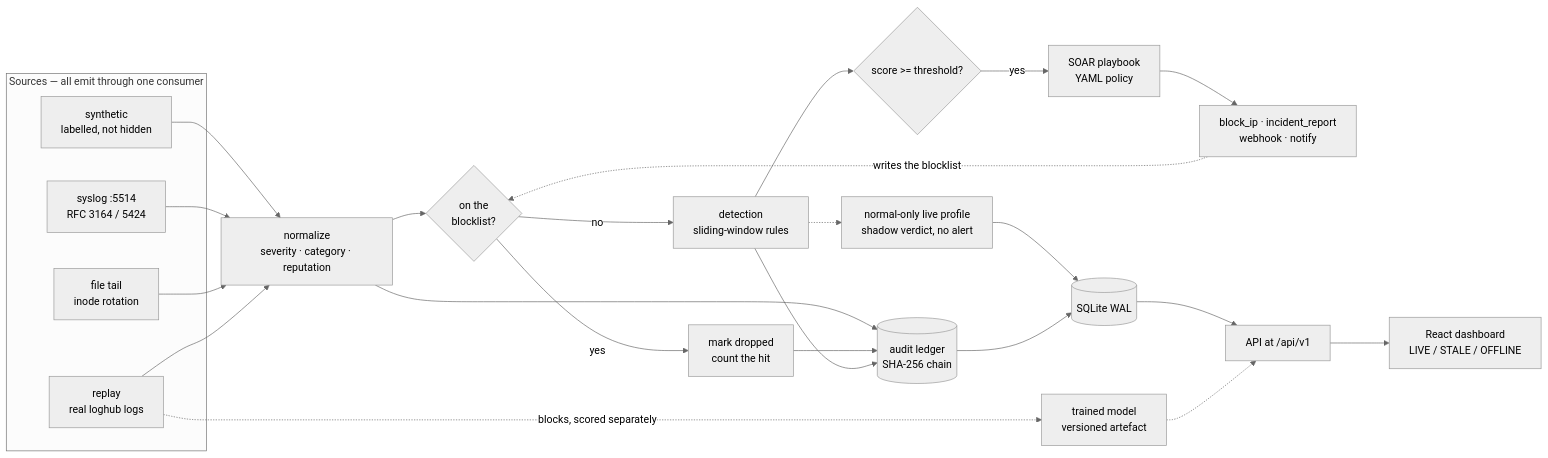
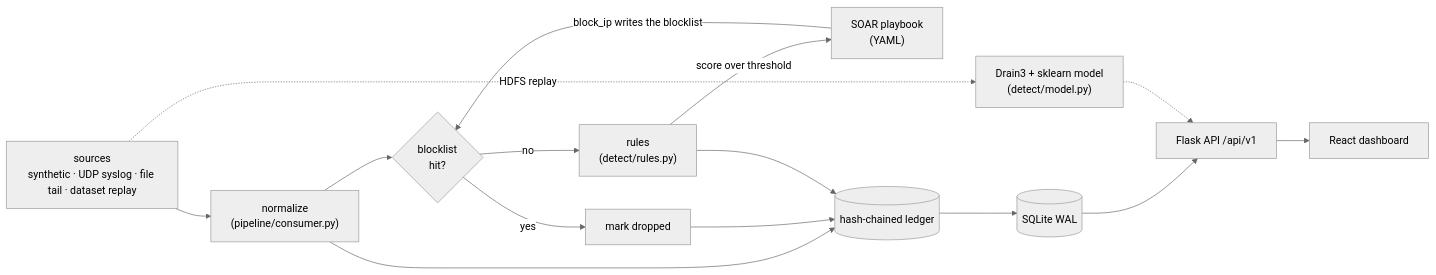
Before and after one commit to Shlok014/watchtower: the diagram in README.md, drawn with Mermaid (neutral theme). The commit also changed other lines of this file and 1 other file, not shown here.

````diff
--- a/README.md
+++ b/README.md
@@ -29,38 +17,16 @@
 ```mermaid
 flowchart LR
-    subgraph sources["Sources — all emit through one consumer"]
-        SYN["synthetic<br/>labelled, not hidden"]
-        SYS["syslog :5514<br/>RFC 3164 / 5424"]
-        FIL["file tail<br/>inode rotation"]
-        REP["replay<br/>real loghub logs"]
-    end
-
-    SYN --> NORM
-    SYS --> NORM
-    FIL --> NORM
-    REP --> NORM
-
-    NORM["normalize<br/>severity · category · reputation"]
-    NORM --> BLK{"on the<br/>blocklist?"}
-
-    BLK -->|yes| DROP["mark dropped<br/>count the hit"]
-    BLK -->|no| DET["detection<br/>sliding-window rules"]
-    DET -.-> SHADOW["normal-only live profile<br/>shadow verdict, no alert"]
-    SHADOW --> DB
-
-    DET --> ALERT{"score >= threshold?"}
-    ALERT -->|yes| SOAR["SOAR playbook<br/>YAML policy"]
-    SOAR --> ENF["block_ip · incident_report<br/>webhook · notify"]
-    ENF -.->|writes the blocklist| BLK
-
-    NORM --> LEDGER[("audit ledger<br/>SHA-256 chain")]
+    SRC["sources<br/>synthetic · UDP syslog · file tail · dataset replay"] --> NORM["normalize<br/>(pipeline/consumer.py)"]
+    NORM --> BLK{"blocklist<br/>hit?"}
+    BLK -->|yes| DROP["mark dropped"]
+    BLK -->|no| DET["rules<br/>(detect/rules.py)"]
+    DET -->|score over threshold| SOAR["SOAR playbook<br/>(YAML)"]
+    SOAR -->|block_ip writes the blocklist| BLK
+    NORM --> LEDGER[("hash-chained ledger")]
     DROP --> LEDGER
     DET --> LEDGER
-
     LEDGER --> DB[("SQLite WAL")]
-    DB --> API["API at /api/v1"]
-    API --> UI["React dashboard<br/>LIVE / STALE / OFFLINE"]
-
-    REP -.->|blocks, scored separately| MODEL["trained model<br/>versioned artefact"]
+    DB --> API["Flask API /api/v1"] --> UI["React dashboard"]
+    SRC -.->|HDFS replay| MODEL["Drain3 + sklearn model<br/>(detect/model.py)"]
     MODEL -.-> API
 ```
````
